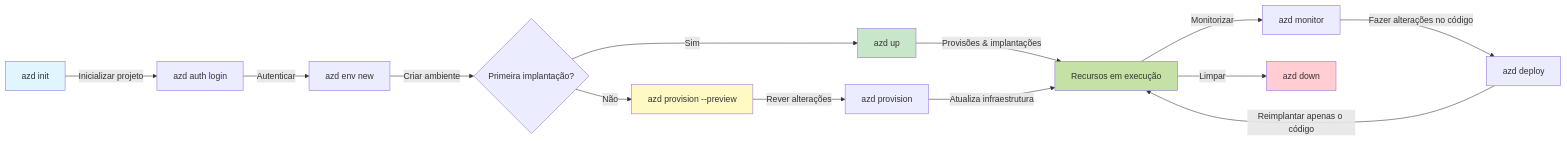
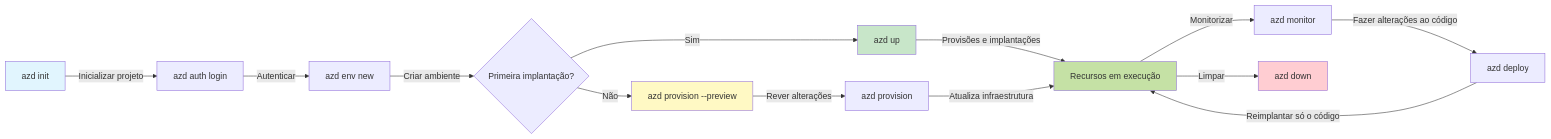
One commit to microsoft/AZD-for-beginners changed the first of 2 diagrams in translations/pt-PT/docs/chapter-01-foundation/azd-basics.md. Above: the diagram before and after it, drawn with Mermaid. The commit also changed other lines of this file and 101 other files, not shown here.

````diff
--- a/translations/pt-PT/docs/chapter-01-foundation/azd-basics.md
+++ b/translations/pt-PT/docs/chapter-01-foundation/azd-basics.md
@@ -269,21 +269,21 @@
 ```mermaid
 graph LR
     A[azd init] -->|Inicializar projeto| B[azd auth login]
     B -->|Autenticar| C[azd env new]
     C -->|Criar ambiente| D{Primeira implantação?}
     D -->|Sim| E[azd up]
     D -->|Não| F[azd provision --preview]
     F -->|Rever alterações| G[azd provision]
-    E -->|Provisões & implantações| H[Recursos em execução]
+    E -->|Provisões e implantações| H[Recursos em execução]
     G -->|Atualiza infraestrutura| H
     H -->|Monitorizar| I[azd monitor]
-    I -->|Fazer alterações no código| J[azd deploy]
-    J -->|Reimplantar apenas o código| H
+    I -->|Fazer alterações ao código| J[azd deploy]
+    J -->|Reimplantar só o código| H
     H -->|Limpar| K[azd down]
     
     style A fill:#e1f5fe
     style E fill:#c8e6c9
     style F fill:#fff9c4
     style H fill:#c5e1a5
     style K fill:#ffcdd2
 ```
````
